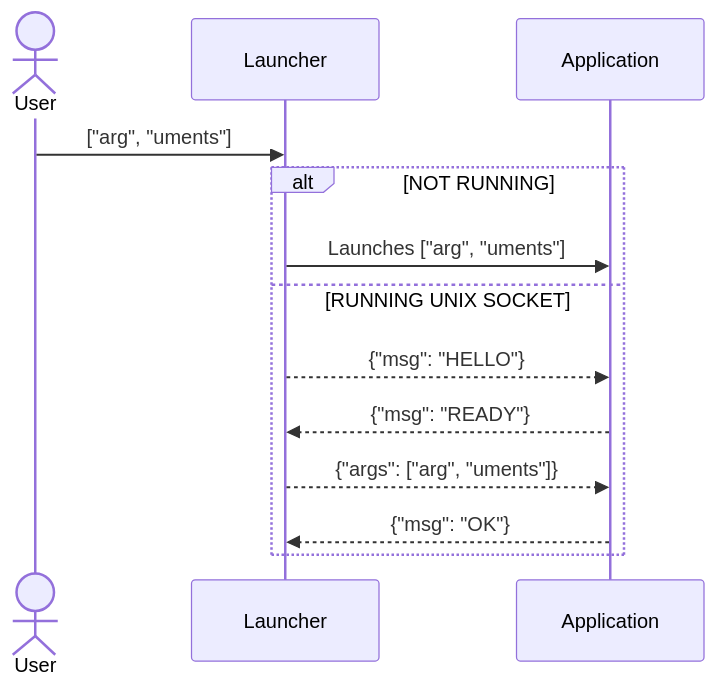
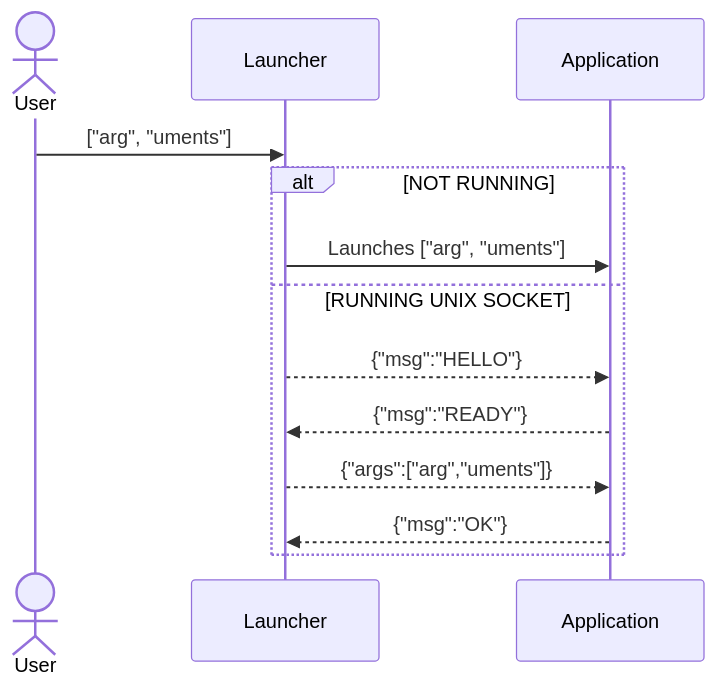
One commit to eskatos/zig-unix-socket-client changed the diagram in README.md. Above: the diagram before and after it, drawn with Mermaid.

Commit message:
Refine README

````diff
--- a/README.md
+++ b/README.md
@@ -18,15 +18,15 @@
 ```mermaid
 sequenceDiagram
     actor U as User
     participant L as Launcher
     participant A as Application
     U->>L: ["arg", "uments"]
     alt NOT RUNNING
         L->>A: Launches ["arg", "uments"]
     else RUNNING UNIX SOCKET
-        L-->>A: {"msg": "HELLO"}
-        A-->>L: {"msg": "READY"}
-        L-->>A: {"args": ["arg", "uments"]}
-        A-->>L: {"msg": "OK"}
+        L-->>A: {"msg":"HELLO"}
+        A-->>L: {"msg":"READY"}
+        L-->>A: {"args":["arg","uments"]}
+        A-->>L: {"msg":"OK"}
     end
 ```
````
